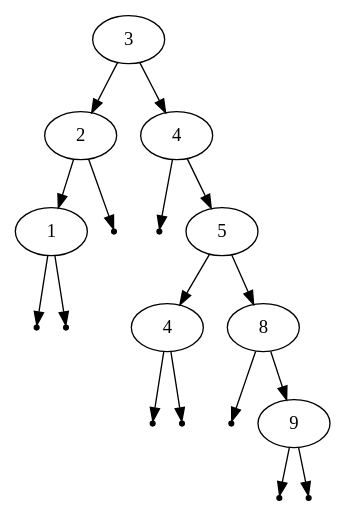
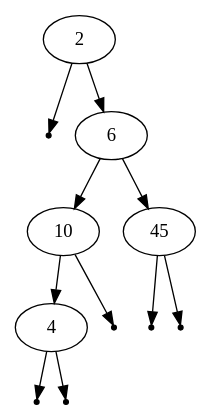
The diagram in graph.dot (aschey/cs260), drawn with Graphviz before and after one commit. The commit also changed 2 other files, not shown here.

```diff
--- a/graph.dot
+++ b/graph.dot
@@ -1,36 +1,24 @@
 digraph {
 graph [ordering="out"];
-Node0 [label=3];
-Node1 [label=2];
+Node0 [label=2];
+Null0 [shape=point]
+;Node0 -> Null0;
+Node1 [label=6];
 Node0 -> Node1;
-Node2 [label=4];
-Node0 -> Node2;
-Node3 [label=1];
+Node2 [label=10];
+Node1 -> Node2;
+Node3 [label=45];
 Node1 -> Node3;
-Null0 [shape=point]
-;Node1 -> Null0;
+Node4 [label=4];
+Node2 -> Node4;
 Null1 [shape=point]
 ;Node2 -> Null1;
-Node4 [label=5];
-Node2 -> Node4;
 Null2 [shape=point]
 ;Node3 -> Null2;
 Null3 [shape=point]
 ;Node3 -> Null3;
-Node5 [label=4];
-Node4 -> Node5;
-Node6 [label=8];
-Node4 -> Node6;
 Null4 [shape=point]
-;Node5 -> Null4;
+;Node4 -> Null4;
 Null5 [shape=point]
-;Node5 -> Null5;
-Null6 [shape=point]
-;Node6 -> Null6;
-Node7 [label=9];
-Node6 -> Node7;
-Null7 [shape=point]
-;Node7 -> Null7;
-Null8 [shape=point]
-;Node7 -> Null8;
+;Node4 -> Null5;
 }
```
